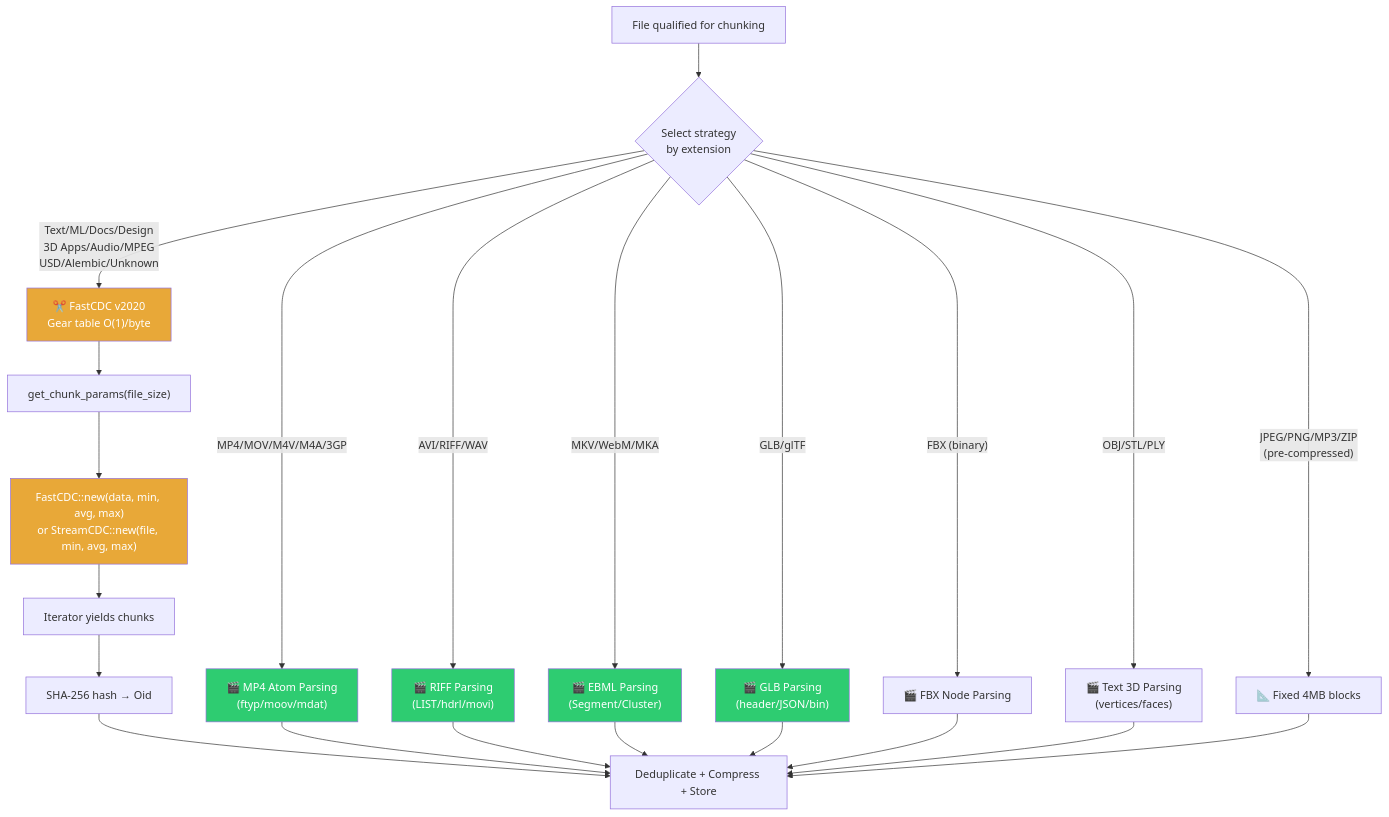
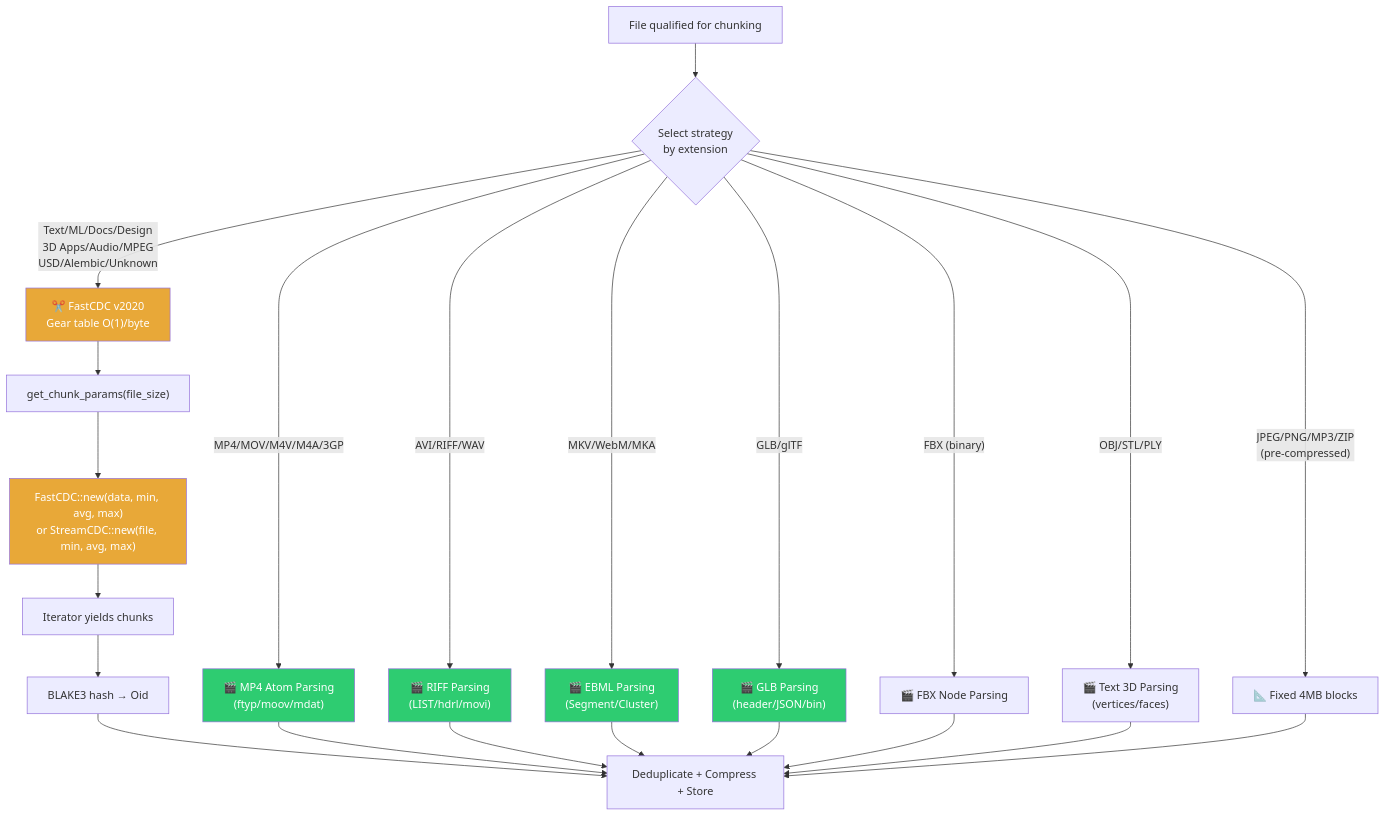
Before and after one commit to winnyboy5/mediagit-core: the second of 3 diagrams in SUPPORTED_FORMATS.md, drawn with Mermaid. The commit also changed other lines of this file and 48 other files, not shown here.

````diff
--- a/SUPPORTED_FORMATS.md
+++ b/SUPPORTED_FORMATS.md
@@ -60,33 +60,33 @@
 ```mermaid
 graph TD
     A["File qualified for chunking"] --> B{"Select strategy<br/>by extension"}
     B -->|"MP4/MOV/M4V/M4A/3GP"| C["🎬 MP4 Atom Parsing<br/>(ftyp/moov/mdat)"]
     B -->|"AVI/RIFF/WAV"| D["🎬 RIFF Parsing<br/>(LIST/hdrl/movi)"]
     B -->|"MKV/WebM/MKA"| E["🎬 EBML Parsing<br/>(Segment/Cluster)"]
     B -->|"GLB/glTF"| F["🎬 GLB Parsing<br/>(header/JSON/bin)"]
     B -->|"FBX (binary)"| G["🎬 FBX Node Parsing"]
     B -->|"OBJ/STL/PLY"| H["🎬 Text 3D Parsing<br/>(vertices/faces)"]
     B -->|"Text/ML/Docs/Design<br/>3D Apps/Audio/MPEG<br/>USD/Alembic/Unknown"| I["✂️ FastCDC v2020<br/>Gear table O(1)/byte"]
     B -->|"JPEG/PNG/MP3/ZIP<br/>(pre-compressed)"| J["📐 Fixed 4MB blocks"]
 
     I --> K["get_chunk_params(file_size)"]
     K --> L["FastCDC::new(data, min, avg, max)<br/>or StreamCDC::new(file, min, avg, max)"]
     L --> M["Iterator yields chunks"]
-    M --> N["SHA-256 hash → Oid"]
+    M --> N["BLAKE3 hash → Oid"]
     N --> O["Deduplicate + Compress + Store"]
 
     C --> O
     D --> O
     E --> O
     F --> O
     G --> O
     H --> O
     J --> O
 
     style I fill:#E8A838,color:#fff
     style L fill:#E8A838,color:#fff
     style C fill:#2ECC71,color:#fff
     style D fill:#2ECC71,color:#fff
     style E fill:#2ECC71,color:#fff
     style F fill:#2ECC71,color:#fff
 ```
````
